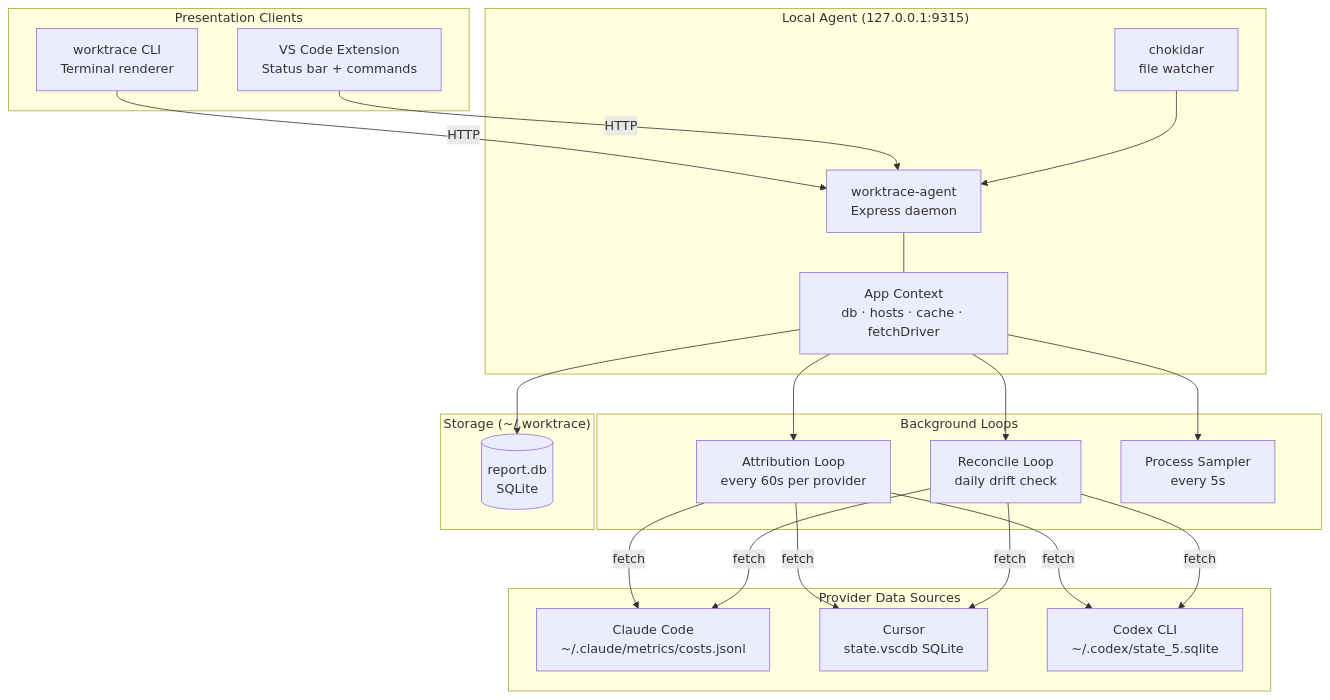
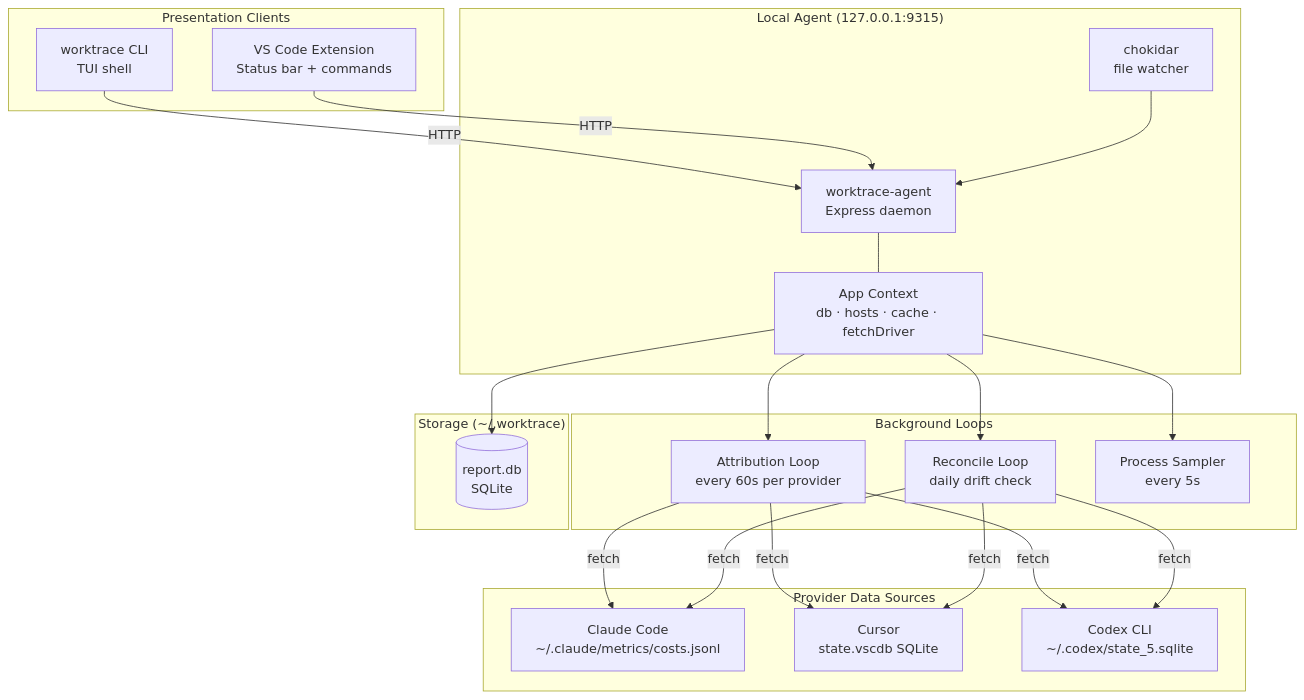
One commit to ivasuy/cursor-sm changed the first of 2 diagrams in ARCHITECTURE.md. Above: the diagram before and after it, drawn with Mermaid. The commit also changed other lines of this file and 42 other files, not shown here.

````diff
--- a/ARCHITECTURE.md
+++ b/ARCHITECTURE.md
@@ -9,44 +9,44 @@
 ```mermaid
 graph TB
     subgraph "Presentation Clients"
-        CLI[worktrace CLI<br/>Terminal renderer]
+        CLI[worktrace CLI<br/>TUI shell]
         EXT[VS Code Extension<br/>Status bar + commands]
     end
 
     subgraph "Local Agent (127.0.0.1:9315)"
         AGT[worktrace-agent<br/>Express daemon]
         CTX[App Context<br/>db · hosts · cache · fetchDriver]
         WATCH[chokidar<br/>file watcher]
     end
 
     subgraph "Background Loops"
         ATTR[Attribution Loop<br/>every 60s per provider]
         RECON[Reconcile Loop<br/>daily drift check]
         SAMP[Process Sampler<br/>every 5s]
     end
 
     subgraph "Storage (~/.worktrace)"
         DB[(report.db<br/>SQLite)]
     end
 
     subgraph "Provider Data Sources"
         CL[Claude Code<br/>~/.claude/metrics/costs.jsonl]
         CU[Cursor<br/>state.vscdb SQLite]
         CO[Codex CLI<br/>~/.codex/state_5.sqlite]
     end
 
     CLI -->|HTTP| AGT
     EXT -->|HTTP| AGT
     AGT --- CTX
     WATCH --> AGT
     CTX --> ATTR
     CTX --> RECON
     CTX --> SAMP
     CTX --> DB
     ATTR -->|fetch| CL
     ATTR -->|fetch| CU
     ATTR -->|fetch| CO
     RECON -->|fetch| CL
     RECON -->|fetch| CU
     RECON -->|fetch| CO
 ```
````
